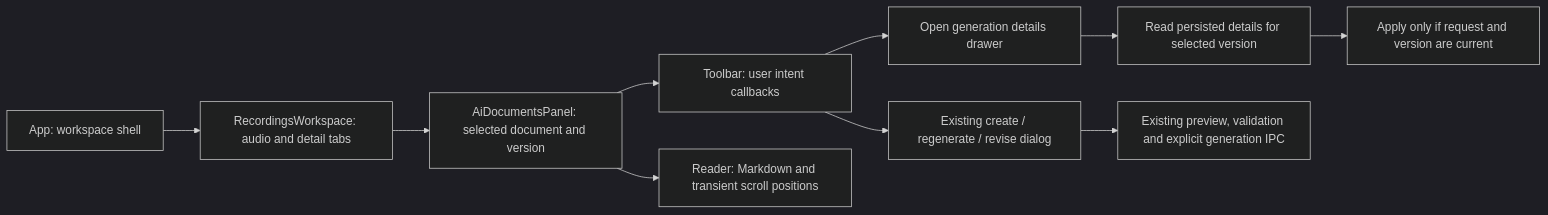
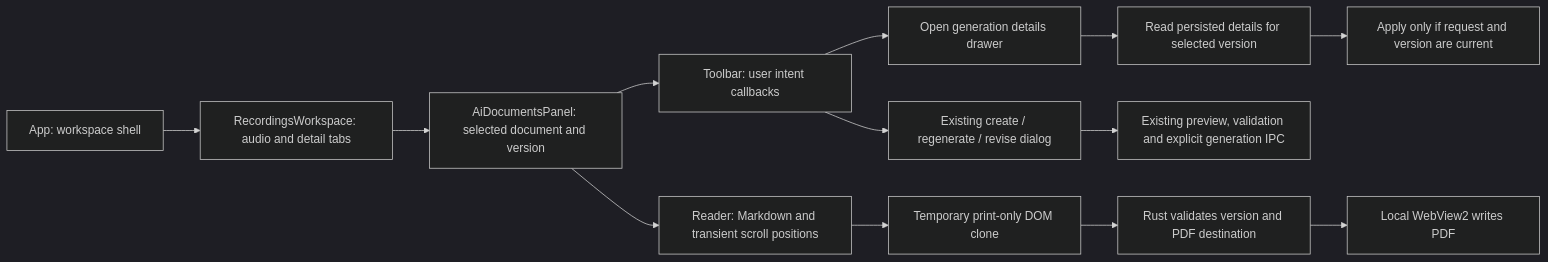
The second of 6 diagrams in docs/architecture.md (kwp-lab/nota), drawn with Mermaid (dark theme) before and after one commit. The commit also changed other lines of this file and 29 other files, not shown here.

````diff
--- a/docs/architecture.md
+++ b/docs/architecture.md
@@ -95,12 +98,15 @@
 ```mermaid
 flowchart LR
     A[App: workspace shell] --> B[RecordingsWorkspace: audio and detail tabs]
     B --> C[AiDocumentsPanel: selected document and version]
     C --> D[Toolbar: user intent callbacks]
     C --> E[Reader: Markdown and transient scroll positions]
     D --> F[Open generation details drawer]
     F --> G[Read persisted details for selected version]
     G --> H[Apply only if request and version are current]
     D --> I[Existing create / regenerate / revise dialog]
     I --> J[Existing preview, validation and explicit generation IPC]
+    E --> K[Temporary print-only DOM clone]
+    K --> L[Rust validates version and PDF destination]
+    L --> M[Local WebView2 writes PDF]
 ```
````
